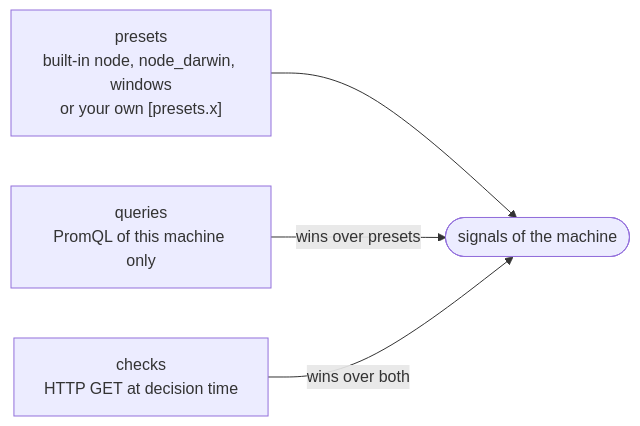
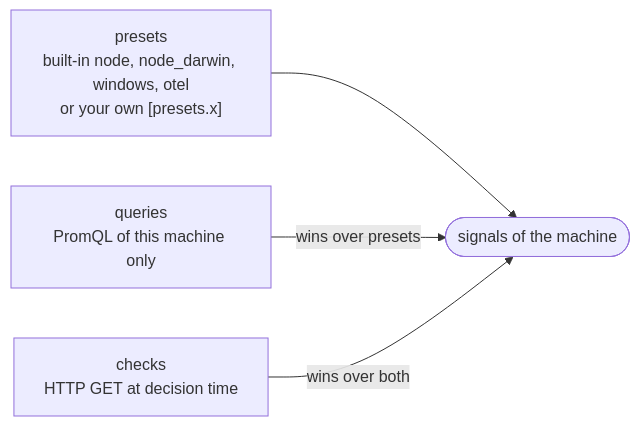
Before and after one commit to otaqq/tasukeai: the first of 3 diagrams in docs/configuration.md, drawn with Mermaid. The commit also changed other lines of this file and 8 other files, not shown here.

````diff
--- a/docs/configuration.md
+++ b/docs/configuration.md
@@ -35,10 +35,10 @@
 ```mermaid
 flowchart LR
-    p["presets<br/>built-in node, node_darwin, windows<br/>or your own [presets.x]"]
+    p["presets<br/>built-in node, node_darwin, windows, otel<br/>or your own [presets.x]"]
     q["queries<br/>PromQL of this machine only"]
     c["checks<br/>HTTP GET at decision time"]
     s(["signals of the machine"])
     p --> s
     q -- "wins over presets" --> s
     c -- "wins over both" --> s
 ```
````
